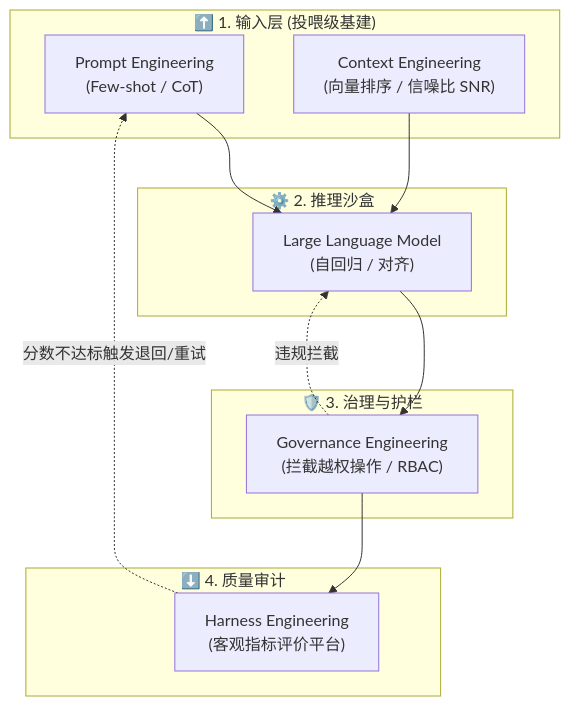
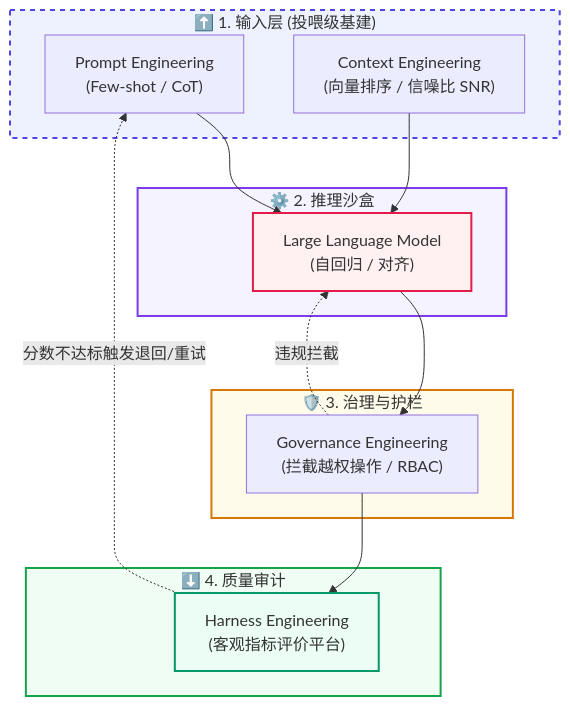
Before and after one commit to wangchong2023/lang-chain-graph: the ninth of 17 diagrams in doc/AI_Knowledge_Roadmap.md, drawn with Mermaid. The commit also changed other lines of this file, not shown here.

Commit message:
docs: update AI knowledge roadmap with new learning resources and milestones

````diff
--- a/doc/AI_Knowledge_Roadmap.md
+++ b/doc/AI_Knowledge_Roadmap.md
@@ -494,26 +509,34 @@
    ```mermaid
    graph TD
-       subgraph 1_输入约束 ["⬆️ 1. 输入层 (投喂级基建)"]
+       subgraph InputLayer ["⬆️ 1. 输入层 (投喂级基建)"]
            PE["Prompt Engineering<br>(Few-shot / CoT)"]
            CE["Context Engineering<br>(向量排序 / 信噪比 SNR)"]
        end
        
-       subgraph 2_推理内核 ["⚙️ 2. 推理沙盒"]
+       subgraph ReasoningCore ["⚙️ 2. 推理沙盒"]
            LLM["Large Language Model<br>(自回归 / 对齐)"]
        end
 
-       subgraph 3_安全拦截 ["🛡️ 3. 治理与护栏"]
+       subgraph SecurityGate ["🛡️ 3. 治理与护栏"]
            GE["Governance Engineering<br>(拦截越权操作 / RBAC)"]
        end
        
-       subgraph 4_验收审计 ["⬇️ 4. 质量审计"]
+       subgraph EvalAudit ["⬇️ 4. 质量审计"]
            HE["Harness Engineering<br>(客观指标评价平台)"]
        end
 
        PE --> LLM
        CE --> LLM
        LLM --> GE
        GE -. "违规拦截" .-> LLM
        GE --> HE
        HE -. "分数不达标触发退回/重试" .-> PE
+
+    %% 样式美化
+    style InputLayer fill:#eef2ff,stroke:#4f46e5,stroke-width:2px,stroke-dasharray: 5 5
+    style ReasoningCore fill:#f5f3ff,stroke:#7c3aed,stroke-width:2px
+    style SecurityGate fill:#fffbeb,stroke:#d97706,stroke-width:2px
+    style EvalAudit fill:#f0fdf4,stroke:#16a34a,stroke-width:2px
+    style LLM fill:#fff1f2,stroke:#e11d48,stroke-width:2px
+    style HE fill:#ecfdf5,stroke:#059669,stroke-width:2px
    ```
````
